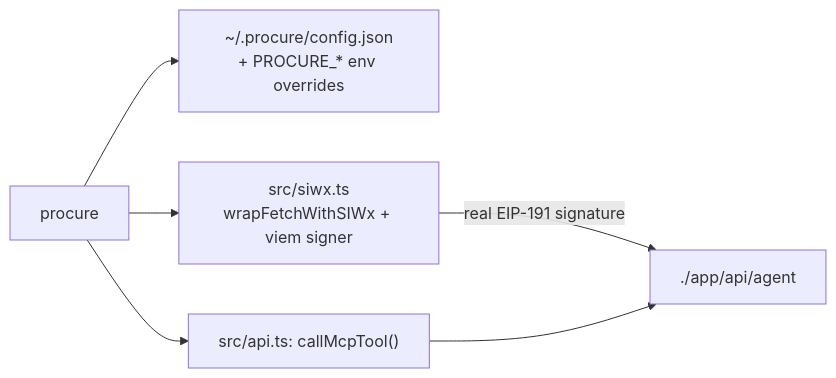
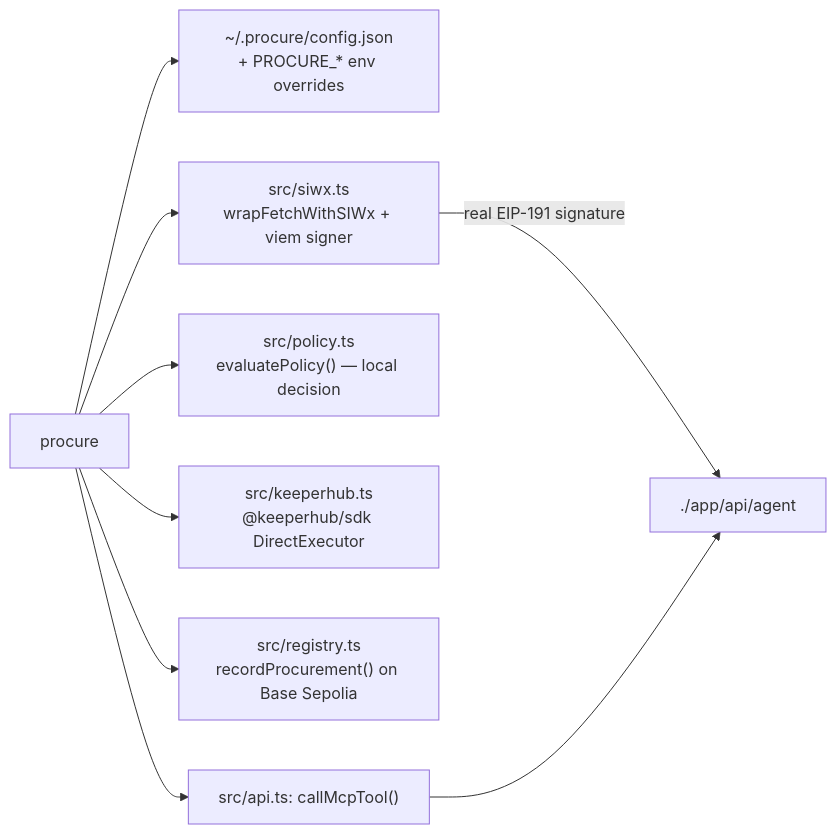
One commit to masaun/enterprise-procurement-agent-platform changed the third of 3 diagrams in agent-skills/README.md. Above: the diagram before and after it, drawn with Mermaid. The commit also changed other lines of this file and 1158 other files, not shown here.

````diff
--- a/agent-skills/README.md
+++ b/agent-skills/README.md
@@ -97,8 +149,11 @@
 ```mermaid
 flowchart LR
     CLI["procure <command>"] --> Config["~/.procure/config.json\n+ PROCURE_* env overrides"]
     CLI --> SIWX["src/siwx.ts\nwrapFetchWithSIWx + viem signer"]
     SIWX -->|"real EIP-191 signature"| App["./app/api/agent"]
+    CLI --> Policy["src/policy.ts\nevaluatePolicy() — local decision"]
+    CLI --> KH["src/keeperhub.ts\n@keeperhub/sdk DirectExecutor"]
+    CLI --> Registry["src/registry.ts\nrecordProcurement() on Base Sepolia"]
     CLI --> MCP["src/api.ts: callMcpTool()"]
     MCP --> App
 ```
````
